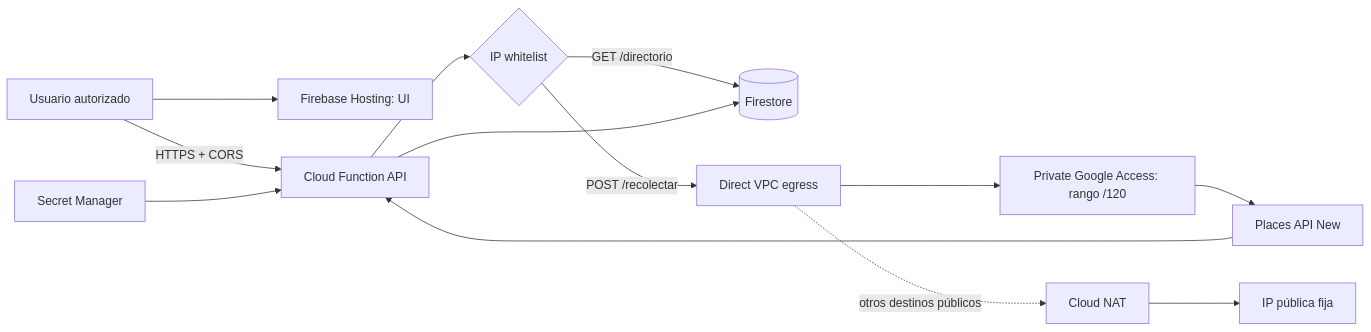
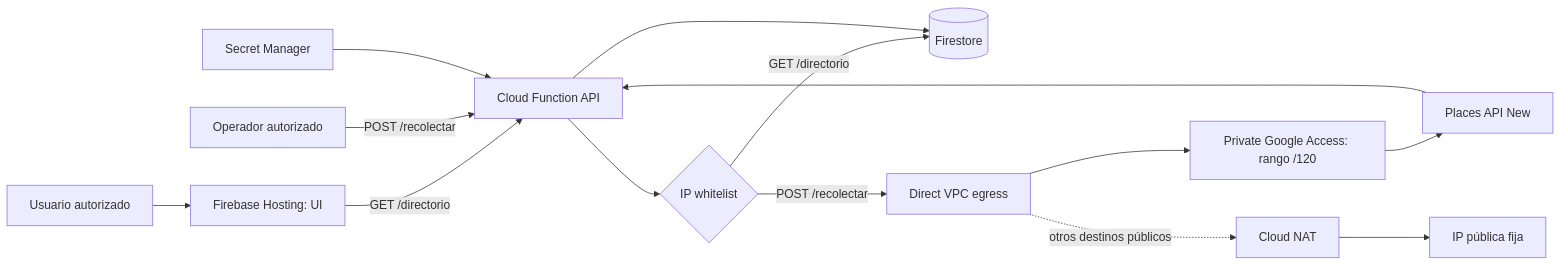
One commit to Ctribsz/Proyecto1-RIA changed the diagram in docs/documentacion-tecnica.md. Above: the diagram before and after it, drawn with Mermaid. The commit also changed other lines of this file and 3 other files, not shown here.

````diff
--- a/docs/documentacion-tecnica.md
+++ b/docs/documentacion-tecnica.md
@@ -19,15 +19,16 @@
 ```mermaid
 flowchart LR
     U[Usuario autorizado] --> H[Firebase Hosting: UI]
-    U -->|HTTPS + CORS| A[Cloud Function API]
+    H -->|GET /directorio| A[Cloud Function API]
+    O[Operador autorizado] -->|POST /recolectar| A
     A --> W{IP whitelist}
     W -->|GET /directorio| F[(Firestore)]
     W -->|POST /recolectar| V[Direct VPC egress]
     V --> G[Private Google Access: rango /120]
     G --> P[Places API New]
     V -. otros destinos públicos .-> N[Cloud NAT]
     N --> I[IP pública fija]
     P --> A
     A --> F
     S[Secret Manager] --> A
 ```
````
